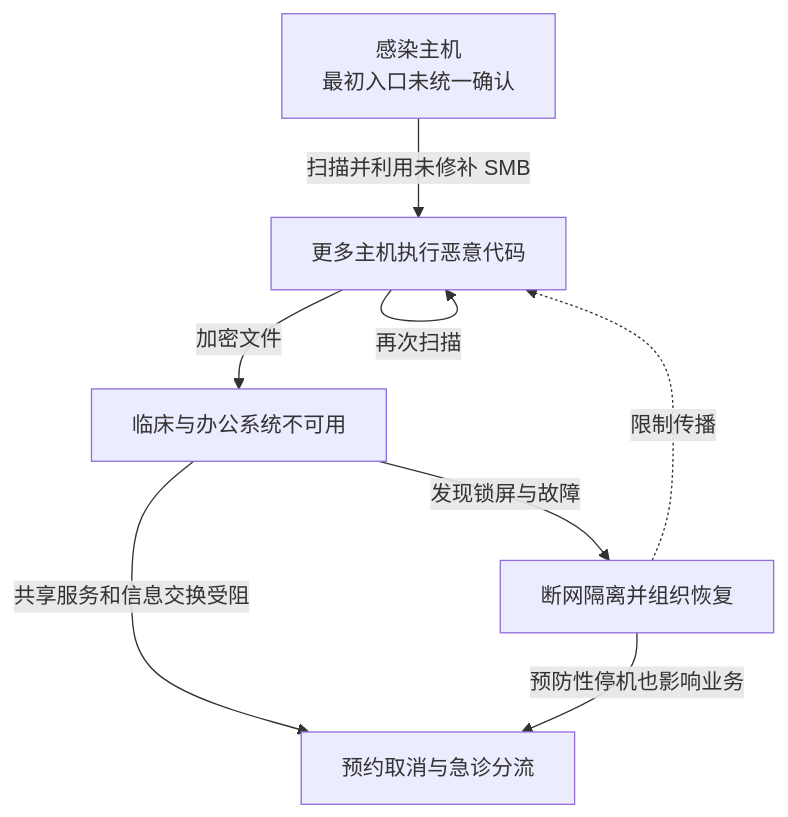
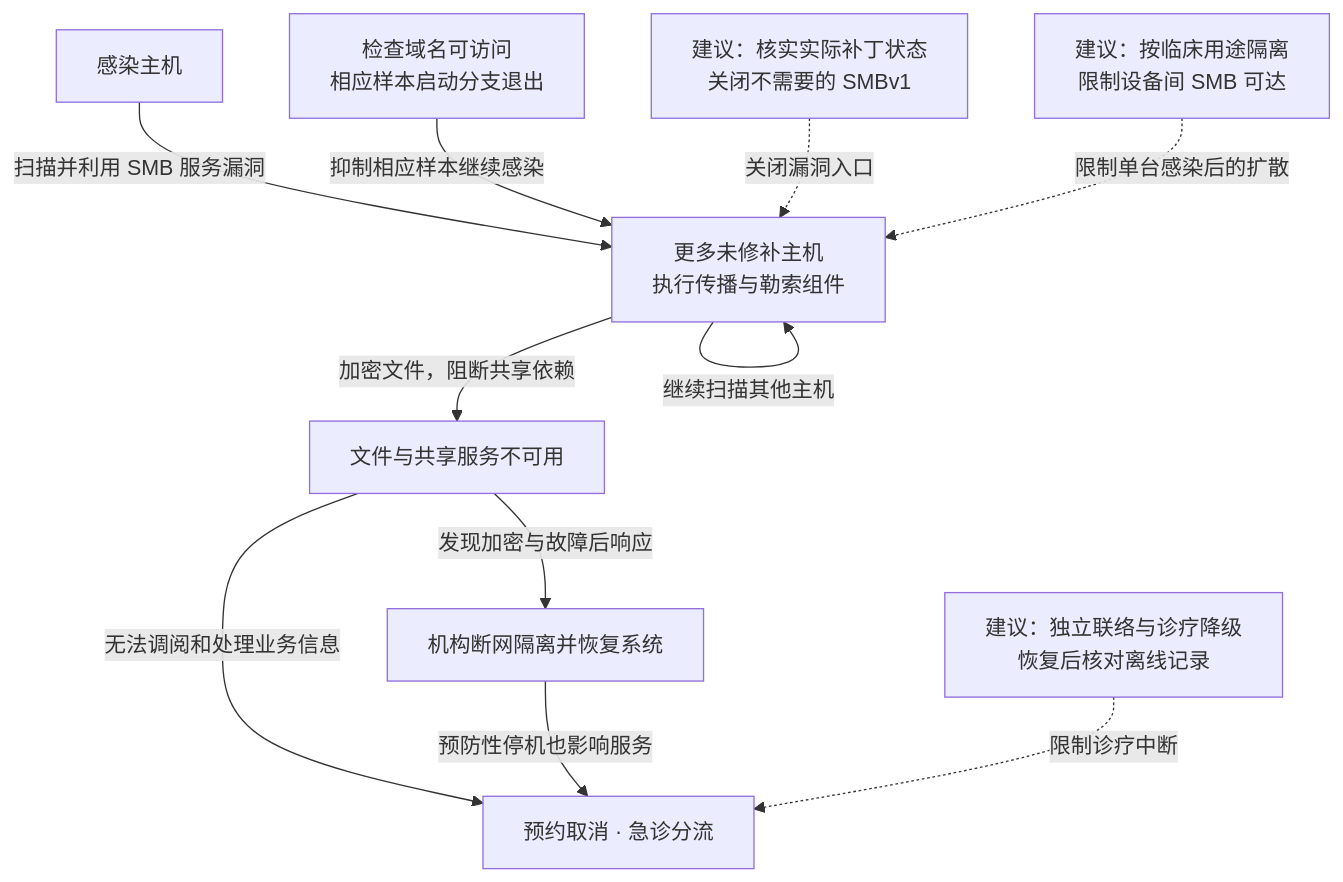
One commit to FeeiCN/FEEI.CN changed the diagram in docs/01-网络安全/01-网络空间安全/01-安全威胁/01-历史攻击事件/2017-WannaCry与NHS医疗中断事件分析.md. Above: the diagram before and after it, drawn with Mermaid. The commit also changed other lines of this file and 21 other files, not shown here.

````diff
--- a/docs/01-网络安全/01-网络空间安全/01-安全威胁/01-历史攻击事件/2017-WannaCry与NHS医疗中断事件分析.md
+++ b/docs/01-网络安全/01-网络空间安全/01-安全威胁/01-历史攻击事件/2017-WannaCry与NHS医疗中断事件分析.md
@@ -25,14 +35,27 @@
 ```mermaid
 flowchart TB
-  accTitle: 从可达漏洞到医疗业务中断
-  accDescr: 感染主机利用可达设备的未修补 SMB 服务传播，文件加密和依赖故障影响医疗。响应隔离可以减缓传播，也会产生额外停机；补丁和业务恢复需要分别验证。
-  a["感染主机<br/>最初入口未统一确认"] -->|扫描并利用未修补 SMB| b["更多主机执行恶意代码"]
-  b -->|再次扫描| b
-  b -->|加密文件| c["临床与办公系统不可用"]
-  c -->|共享服务和信息交换受阻| d["预约取消与急诊分流"]
-  c -->|发现锁屏与故障| r["断网隔离并组织恢复"]
-  r -. 限制传播 .-> b
-  r -->|预防性停机也影响业务| d
-  class a,b,c main
-  class r response
+  accTitle: WannaCry 的蠕虫扩散与医疗服务影响
+  accDescr: 感染主机利用可达的未修补 SMB 服务继续传播，文件加密及共享依赖造成医疗中断。机构隔离也带来停机；注册检查域名抑制相应样本继续执行。虚线表示本文建议的防护位置。
+  source["感染主机"]
+  spread["更多未修补主机<br/>执行传播与勒索组件"]
+  service["文件与共享服务不可用"]
+  clinical["预约取消 · 急诊分流"]
+  isolate["机构断网隔离并恢复系统"]
+  domain["检查域名可访问<br/>相应样本启动分支退出"]
+  patch["建议：核实实际补丁状态<br/>关闭不需要的 SMBv1"]
+  network["建议：按临床用途隔离<br/>限制设备间 SMB 可达"]
+  fallback["建议：独立联络与诊疗降级<br/>恢复后核对离线记录"]
+  source -->|扫描并利用 SMB 服务漏洞| spread
+  spread -->|继续扫描其他主机| spread
+  spread -->|加密文件，阻断共享依赖| service
+  service -->|无法调阅和处理业务信息| clinical
+  service -->|发现加密与故障后响应| isolate
+  isolate -->|预防性停机也影响服务| clinical
+  domain -->|抑制相应样本继续感染| spread
+  patch -. 关闭漏洞入口 .-> spread
+  network -. 限制单台感染后的扩散 .-> spread
+  fallback -. 限制诊疗中断 .-> clinical
+  class source,spread,service main
+  class isolate,domain response
+  class patch,network,fallback note
 ```
````
